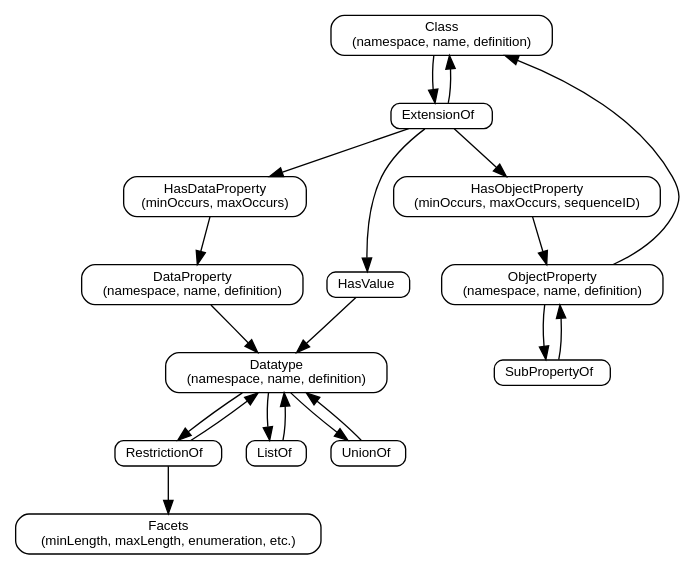
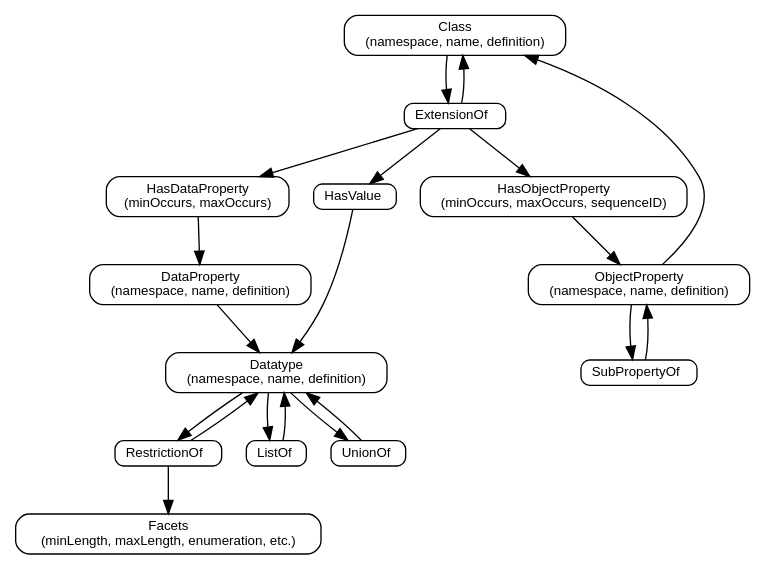
Before and after one commit to webb/niem-metamodel: the diagram in metamodel-core.dot, drawn with Graphviz. The commit also changed 4 other files, not shown here.

Commit message:
Updated diagram for tools/technologies for README.

```diff
--- a/metamodel-core.dot
+++ b/metamodel-core.dot
@@ -1,48 +1,50 @@
 digraph G {
   layout = dot;
   edge [fontname = "Helvetica", fontsize = 10, dir = forward];
   node [fontname = "Helvetica", fontsize = 10, width = 0, height = 0, label="\N\l"];
   rankdir = TB;
 
   node [shape=box, style=rounded];
   
 
   Class [label="\N\n(namespace, name, definition)\n"];
   ExtensionOf;
   
   Class -> ExtensionOf -> Class;
   ExtensionOf -> { HasDataProperty HasObjectProperty HasValue };
+
+  { rank = same; HasDataProperty; HasObjectProperty; HasValue; }
   
   ObjectProperty [label="\N\n(namespace, name, definition)\n"];
   ObjectProperty -> Class;
 
   SubPropertyOf;
   ObjectProperty -> SubPropertyOf -> ObjectProperty;
 
   HasValue;
   HasObjectProperty [label="\N\n(minOccurs, maxOccurs, sequenceID)\n"];
   HasDataProperty [label="\N\n(minOccurs, maxOccurs)\n"];
 
   HasValue -> Datatype;
 
   HasObjectProperty -> ObjectProperty;
 
   HasDataProperty -> DataProperty;
 
   // data property ///////////////////////////////////////////////////////
 
   DataProperty [label="\N\n(namespace, name, definition)\n"];
   DataProperty -> Datatype;
 
   Datatype [label="\N\n(namespace, name, definition)\n"];
   RestrictionOf;
 
   Datatype -> RestrictionOf -> Datatype;
   Datatype -> ListOf -> Datatype;
   Datatype -> UnionOf -> Datatype;
 
   Facets [label="\N\n(minLength, maxLength, enumeration, etc.)\n"];
   RestrictionOf -> Facets
   
 
 }
```
